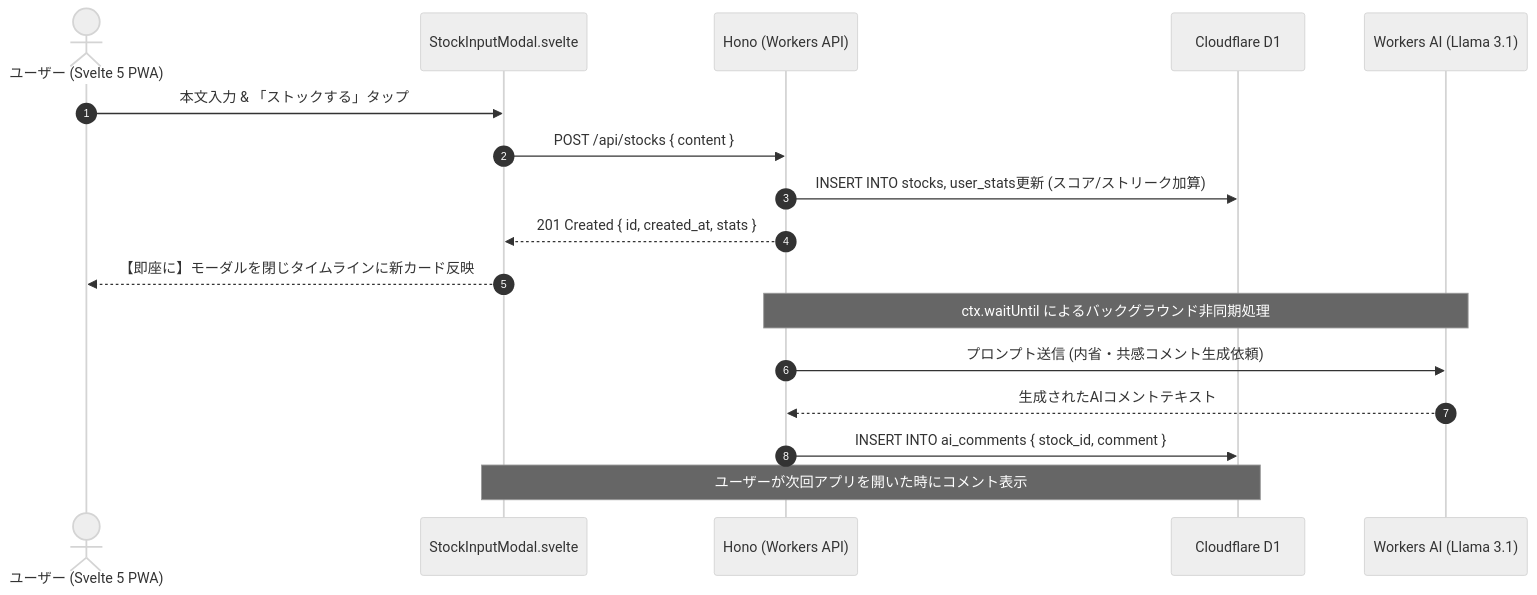
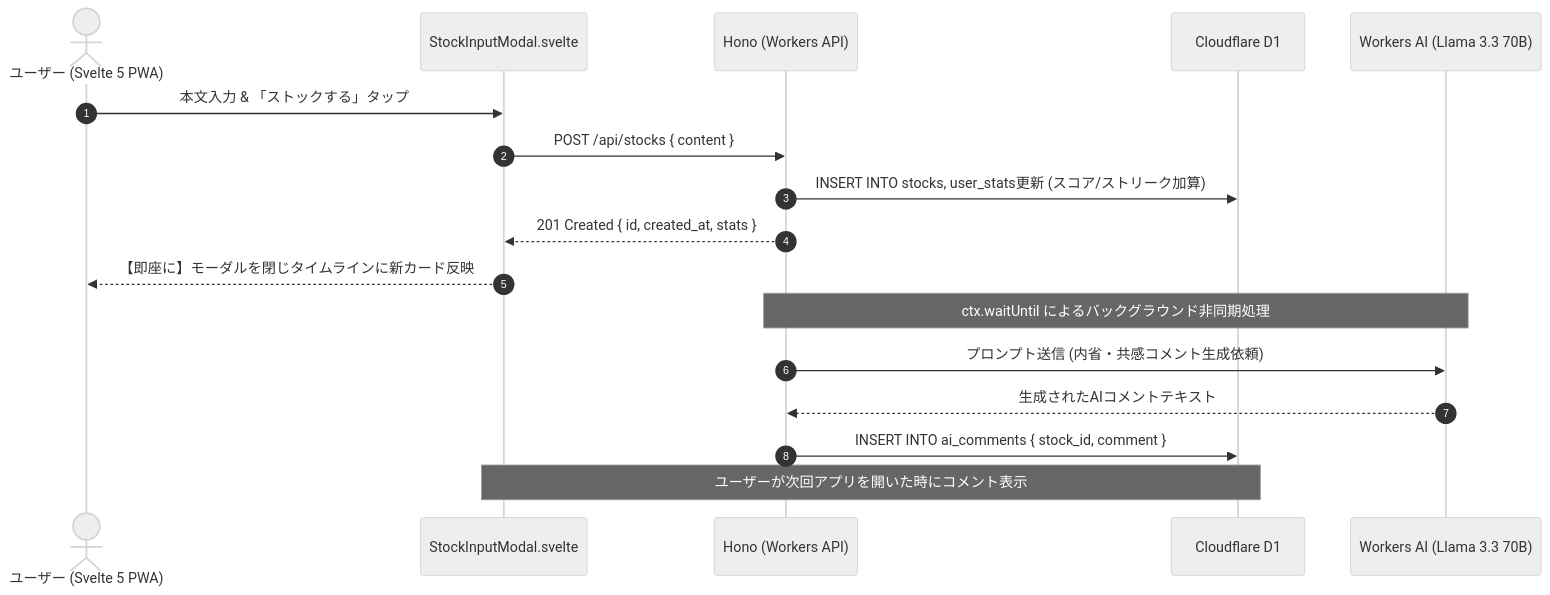
Before and after one commit to oharato/stockly: the diagram in docs/detailed-design.md, drawn with Mermaid (neutral theme). The commit also changed other lines of this file and 8 other files, not shown here.

Commit message:
docs: record Workers AI benchmark report and sync all architecture documentation

````diff
--- a/docs/detailed-design.md
+++ b/docs/detailed-design.md
@@ -204,21 +204,21 @@
 ```mermaid
 sequenceDiagram
     autonumber
     actor User as ユーザー (Svelte 5 PWA)
     participant Modal as StockInputModal.svelte
     participant API as Hono (Workers API)
     participant D1 as Cloudflare D1
-    participant AI as Workers AI (Llama 3.1)
+    participant AI as Workers AI (Llama 3.3 70B)
 
     User->>Modal: 本文入力 & 「ストックする」タップ
     Modal->>API: POST /api/stocks { content }
     API->>D1: INSERT INTO stocks, user_stats更新 (スコア/ストリーク加算)
     API-->>Modal: 201 Created { id, created_at, stats }
     Modal-->>User: 【即座に】モーダルを閉じタイムラインに新カード反映
 
     Note over API,AI: ctx.waitUntil によるバックグラウンド非同期処理
     API->>AI: プロンプト送信 (内省・共感コメント生成依頼)
     AI-->>API: 生成されたAIコメントテキスト
     API->>D1: INSERT INTO ai_comments { stock_id, comment }
     Note over Modal,D1: ユーザーが次回アプリを開いた時にコメント表示
 ```
````
